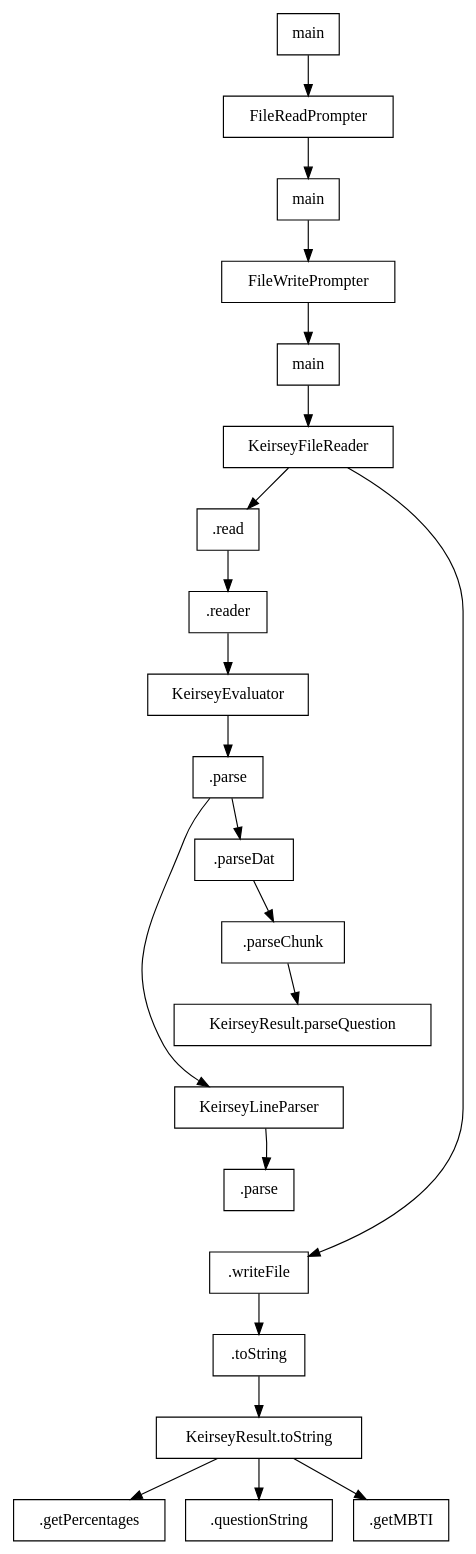
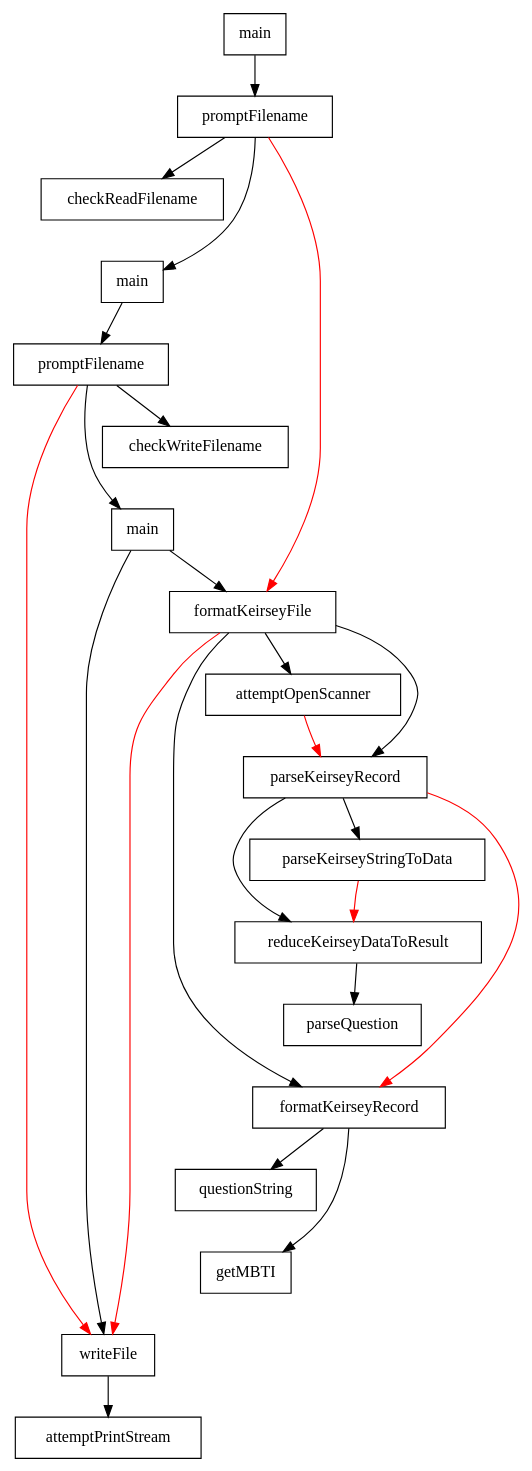
Before and after one commit to 9999years/cosi12b: the diagram in pa1/flow-diagram.dot, drawn with Graphviz. The commit also changed 10 other files, not shown here.

```diff
--- a/pa1/flow-diagram.dot
+++ b/pa1/flow-diagram.dot
@@ -1,40 +1,52 @@
 digraph {
-	// method nodes, which start with dots, refer to methods of the
-	// previous class node in the heirarchy
-	// e.g. in Foo -> .bar -> .baz -> .bow -> Apple -> .ball
-	// .bow refers to Foo.bow and .ball refers to Apple.ball
 	node [shape=box];
 
 	main
-	-> FileReadPrompter
-	-> { main2 [label="main"] }
-	-> FileWritePrompter
-	-> { main3 [label="main"] }
-	-> KeirseyFileReader
-	-> ".read";
+	-> promptFilename
+	-> { main2 [label=main] }
+	-> { promptFilename2 [label=promptFilename] }
+	-> checkWriteFilename;
 
-	".read" -> ".writeFile" [style=invis];
+	promptFilename -> checkReadFilename;
 
-	"KeirseyResult.parseQuestion"
-	-> KeirseyLineParser
-	-> KLPparse
-	-> ".writeFile" [style=invis];
+	promptFilename2
+	-> { main3 [label=main] }
+	-> formatKeirseyFile
+	-> {
+		attemptOpenScanner
+		parseKeirseyRecord
+		formatKeirseyRecord
+	};
 
-	".read"
-	-> ".reader"
-	-> KeirseyEvaluator
-	-> { KEparse [label=".parse"] }
-	-> ".parseDat"
-	-> ".parseChunk"
-	-> "KeirseyResult.parseQuestion";
-	KEparse
-	-> KeirseyLineParser
-	-> { KLPparse [label=".parse"] };
-	KeirseyFileReader
-	-> ".writeFile"
-	-> ".toString"
-	-> { KRtoString [label="KeirseyResult.toString"] };
-	KRtoString -> ".getPercentages";
-	KRtoString -> ".questionString";
-	KRtoString -> ".getMBTI";
+	parseKeirseyRecord
+	-> parseKeirseyStringToData;
+
+	parseKeirseyRecord
+	-> reduceKeirseyDataToResult
+	-> parseQuestion;
+
+	formatKeirseyRecord
+	-> { questionString getMBTI };
+
+	main3
+	-> writeFile
+	-> attemptPrintStream;
+
+	// data flow
+	edge [color=red];
+	promptFilename -> formatKeirseyFile -> writeFile;
+	promptFilename2 -> writeFile;
+	parseKeirseyRecord -> formatKeirseyRecord;
+	parseKeirseyStringToData -> reduceKeirseyDataToResult;
+	attemptOpenScanner -> parseKeirseyRecord;
+
+	// invisible arrows for ordering
+	edge [style=invis];
+
+	checkReadFilename -> main2;
+	checkWriteFilename -> main3;
+	attemptOpenScanner -> parseKeirseyRecord;
+	parseKeirseyStringToData -> reduceKeirseyDataToResult;
+	parseQuestion -> formatKeirseyRecord;
+	questionString -> getMBTI -> writeFile;
 }
```
